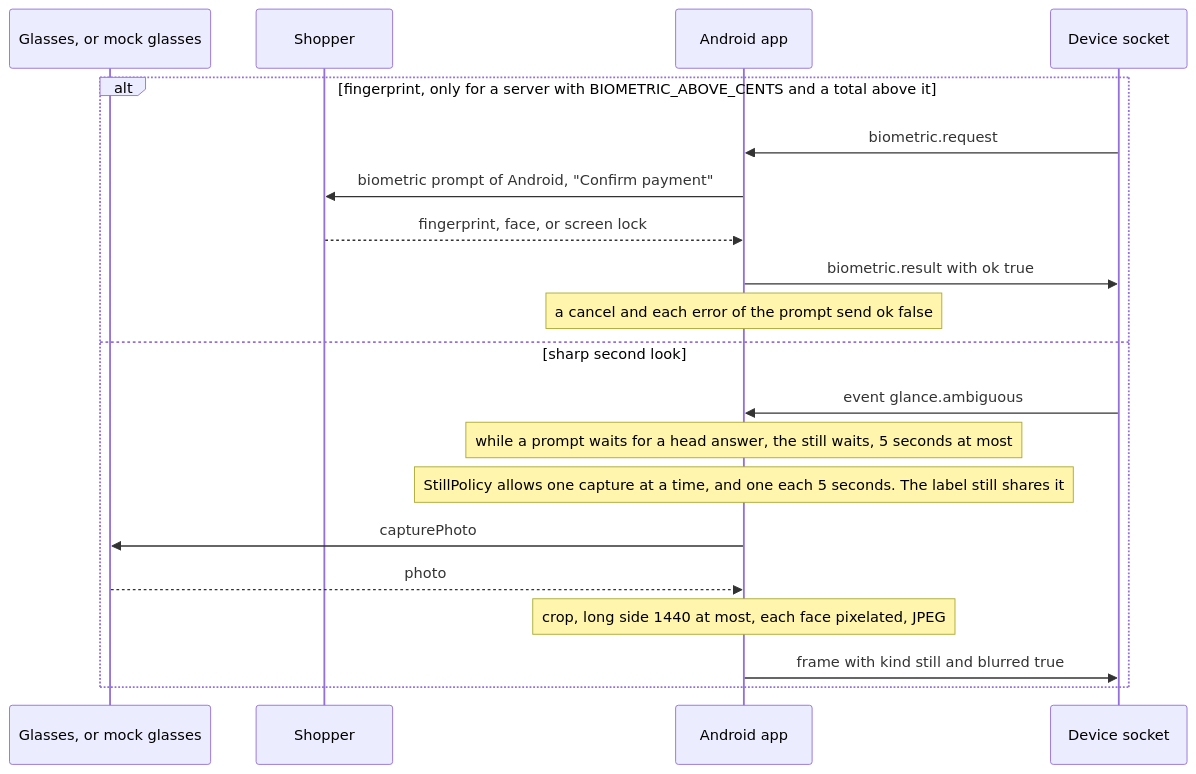
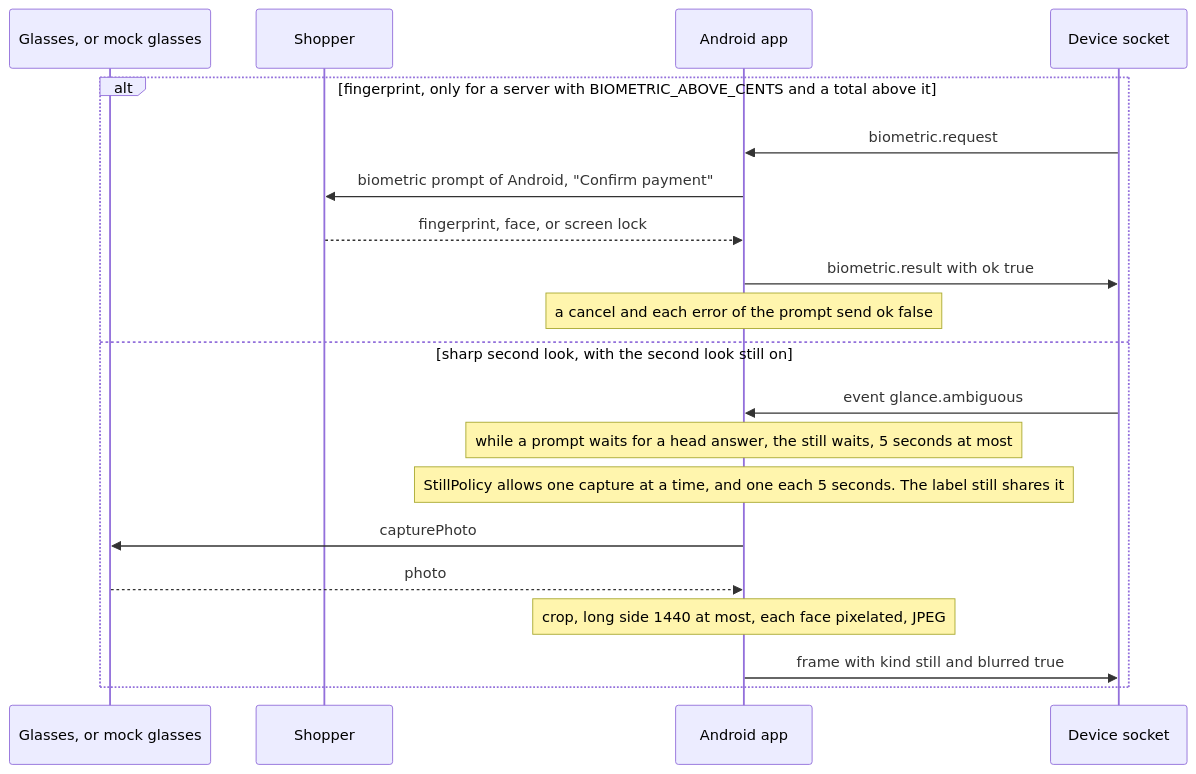
Diagram 12 of 14 in docs/architecture.md (mrBymax/glance), drawn with Mermaid before and after one commit. The commit also changed other lines of this file and 2 other files, not shown here.

First line of the commit message:
docs: describe the second look setting and the label still that waits

````diff
--- a/docs/architecture.md
+++ b/docs/architecture.md
@@ -545,22 +545,22 @@
 ```mermaid
 sequenceDiagram
   participant Glasses as Glasses, or mock glasses
   participant Shopper
   participant App as Android app
   participant Socket as Device socket
   alt fingerprint, only for a server with BIOMETRIC_ABOVE_CENTS and a total above it
     Socket->>App: biometric.request
     App->>Shopper: biometric prompt of Android, "Confirm payment"
     Shopper-->>App: fingerprint, face, or screen lock
     App->>Socket: biometric.result with ok true
     Note over App: a cancel and each error of the prompt send ok false
-  else sharp second look
+  else sharp second look, with the second look still on
     Socket->>App: event glance.ambiguous
     Note over App: while a prompt waits for a head answer, the still waits, 5 seconds at most
     Note over App: StillPolicy allows one capture at a time, and one each 5 seconds. The label still shares it
     App->>Glasses: capturePhoto
     Glasses-->>App: photo
     Note over App: crop, long side 1440 at most, each face pixelated, JPEG
     App->>Socket: frame with kind still and blurred true
   end
 ```
````
